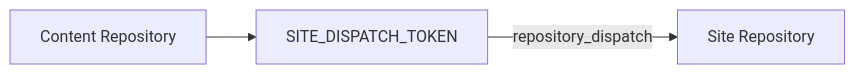
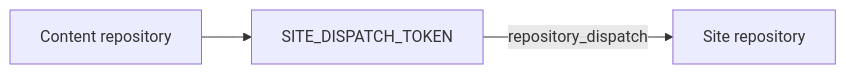
One commit to Rerurate514/riebeckite changed the seventh of 13 diagrams in docs/docs/guides/deployment/separate-content-repository.md. Above: the diagram before and after it, drawn with Mermaid. The commit also changed other lines of this file and 604 other files, not shown here.

````diff
--- a/docs/docs/guides/deployment/separate-content-repository.md
+++ b/docs/docs/guides/deployment/separate-content-repository.md
@@ -690,9 +320,9 @@
-```mermaid id="fw61j6"
+```mermaid
 flowchart LR
-    Content["Content Repository"]
+    Content["Content repository"]
     Token["SITE_DISPATCH_TOKEN"]
-    Site["Site Repository"]
+    Site["Site repository"]
 
     Content --> Token
     Token -->|"repository_dispatch"| Site
 ```
````
